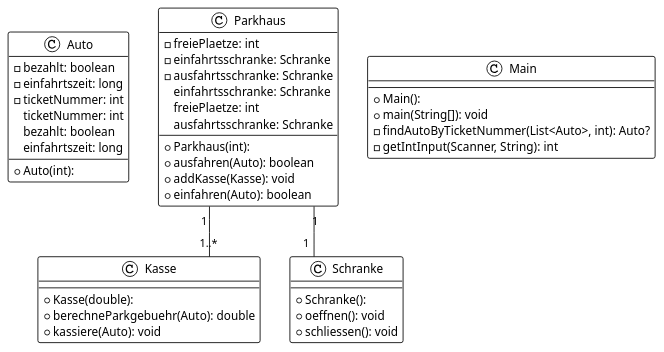
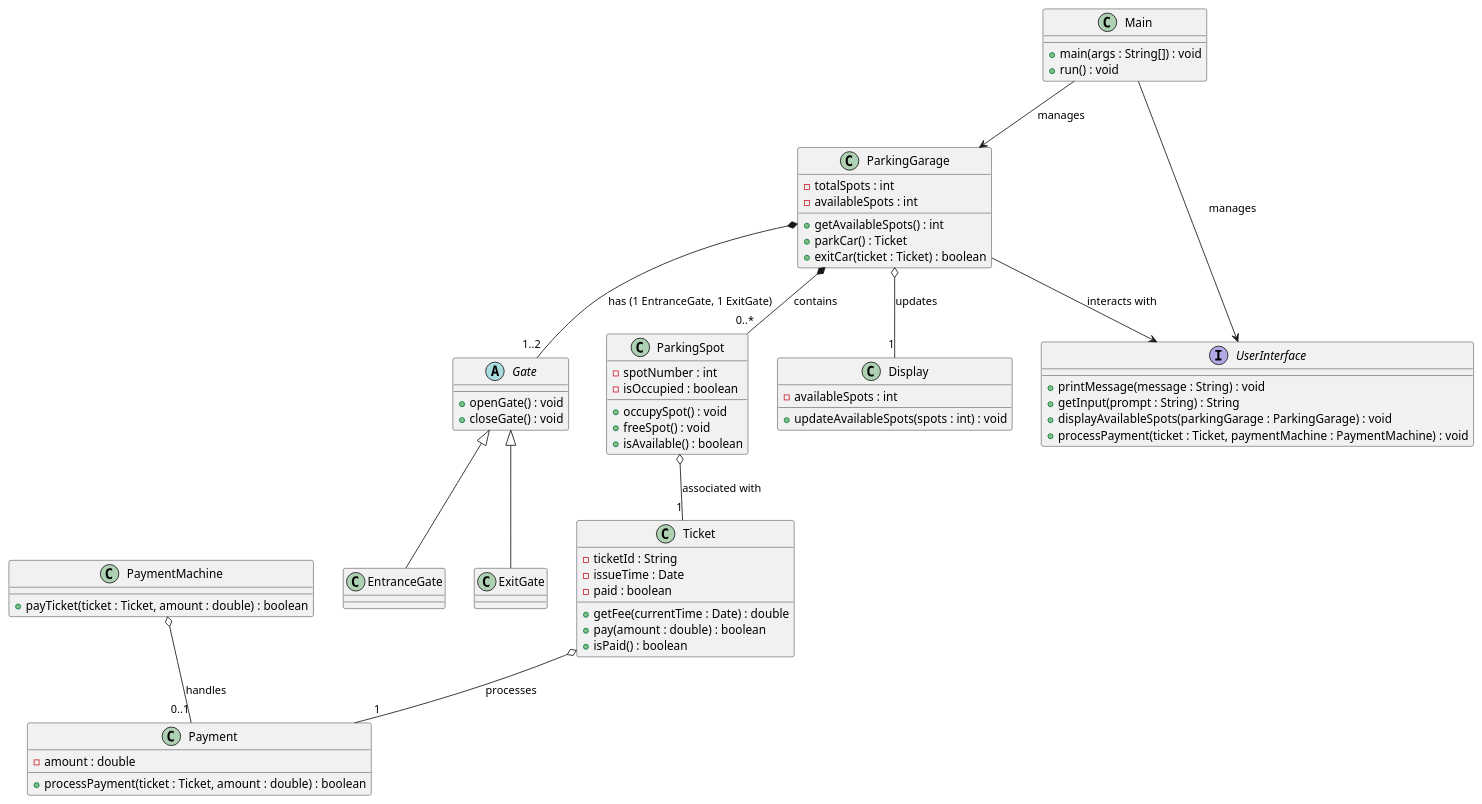
The diagram in uml/package.plantuml (LynnDelpy/ParkFlow), drawn with PlantUML before and after one commit. The commit also changed 20 other files, not shown here.

```diff
--- a/uml/package.plantuml
+++ b/uml/package.plantuml
@@ -1,47 +1,78 @@
 @startuml
-
-!theme plain
-top to bottom direction
-skinparam linetype ortho
-
-class Auto {
-  + Auto(int): 
-  - bezahlt: boolean
-  - einfahrtszeit: long
-  - ticketNummer: int
-   ticketNummer: int
-   bezahlt: boolean
-   einfahrtszeit: long
-}
-class Kasse {
-  + Kasse(double): 
-  + berechneParkgebuehr(Auto): double
-  + kassiere(Auto): void
-}
-class Main {
-  + Main(): 
-  + main(String[]): void
-  - findAutoByTicketNummer(List<Auto>, int): Auto?
-  - getIntInput(Scanner, String): int
-}
-class Parkhaus {
-  + Parkhaus(int): 
-  - freiePlaetze: int
-  - einfahrtsschranke: Schranke
-  - ausfahrtsschranke: Schranke
-  + ausfahren(Auto): boolean
-  + addKasse(Kasse): void
-  + einfahren(Auto): boolean
-   einfahrtsschranke: Schranke
-   freiePlaetze: int
-   ausfahrtsschranke: Schranke
-}
-class Schranke {
-  + Schranke(): 
-  + oeffnen(): void
-  + schliessen(): void
+abstract class Gate {
+    + openGate() : void
+    + closeGate() : void
 }
 
-Parkhaus "1" -- "1..*" Kasse
-Parkhaus "1" -- "1" Schranke
+class EntranceGate extends Gate {
+}
+
+class ExitGate extends Gate {
+}
+
+class ParkingGarage {
+    - totalSpots : int
+    - availableSpots : int
+    + getAvailableSpots() : int
+    + parkCar() : Ticket
+    + exitCar(ticket : Ticket) : boolean
+}
+
+class ParkingSpot {
+    - spotNumber : int
+    - isOccupied : boolean
+    + occupySpot() : void
+    + freeSpot() : void
+    + isAvailable() : boolean
+}
+
+class Ticket {
+    - ticketId : String
+    - issueTime : Date
+    - paid : boolean
+    + getFee(currentTime : Date) : double
+    + pay(amount : double) : boolean
+    + isPaid() : boolean
+}
+
+class Payment {
+    - amount : double
+    + processPayment(ticket : Ticket, amount : double) : boolean
+}
+
+class PaymentMachine {
+    + payTicket(ticket : Ticket, amount : double) : boolean
+}
+
+class Display {
+    - availableSpots : int
+    + updateAvailableSpots(spots : int) : void
+}
+
+interface UserInterface {
+    + printMessage(message : String) : void
+    + getInput(prompt : String) : String
+    + displayAvailableSpots(parkingGarage : ParkingGarage) : void
+    + processPayment(ticket : Ticket, paymentMachine : PaymentMachine) : void
+}
+
+class Main {
+    + main(args : String[]) : void
+    + run() : void
+}
+
+' Associations with Multiplicity
+ParkingGarage --> UserInterface : interacts with
+Main --> ParkingGarage : manages
+Main --> UserInterface : manages
+
+' Composition relationships with Multiplicity
+ParkingGarage *-- "0..*" ParkingSpot : contains
+ParkingGarage *-- "1..2" Gate : has (1 EntranceGate, 1 ExitGate)
+
+' Aggregation relationships with Multiplicity
+ParkingSpot o-- "1" Ticket : associated with
+ParkingGarage o-- "1" Display : updates
+Ticket o-- "1" Payment : processes
+PaymentMachine o-- "0..1" Payment : handles
 @enduml
```
